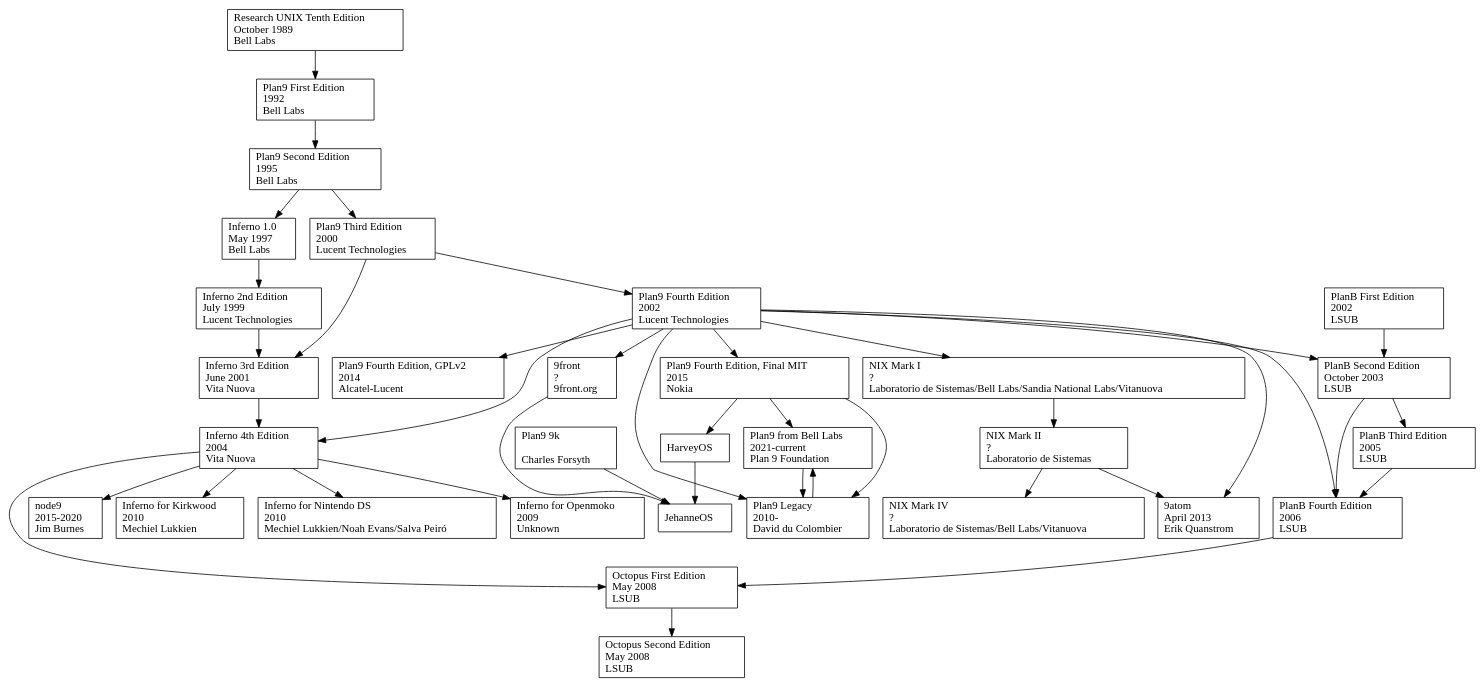
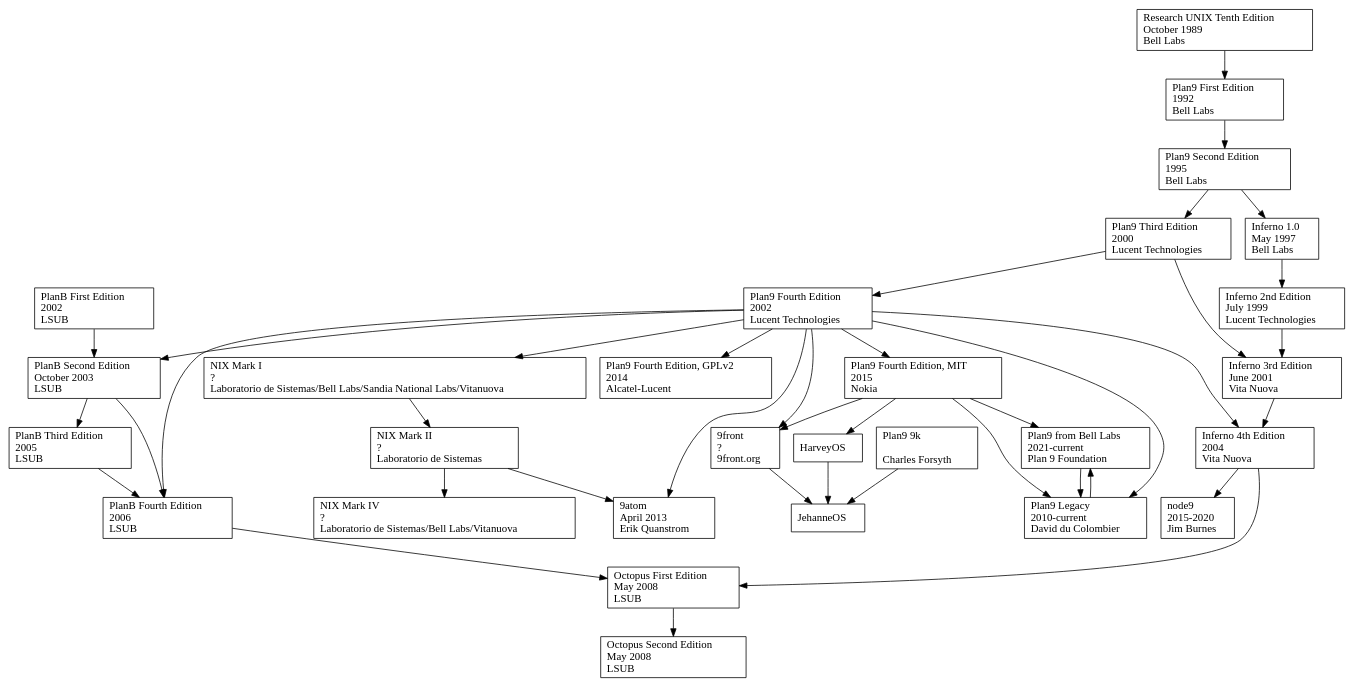
One commit to da4089/plan9-history changed the diagram in plan9.dot. Above: the diagram before and after it, drawn with Graphviz.

Commit message:
Move dependencies next to their releases.
I think I'd like to actually merge the entire history file notes into
the dot file, so it becomes a single canonical source of information.

```diff
--- a/plan9.dot
+++ b/plan9.dot
@@ -1,188 +1,182 @@
 digraph D {
 
         node [shape=record];
 
         // --------------------
         // Research UNIX
+        // See various UNIX histories for details
+        unix10ed [label="Research UNIX Tenth Edition\lOctober 1989\lBell Labs\l"]
 
-        // unix7ed [label="Research UNIX Seventh Edition\lJanuary 1979\lBell Labs\l"]
-        // unix8ed [label="Research UNIX Eighth Edition\lFebruary 1985\lBell Labs\l"]
-        // unix9ed [label="Research UNIX Ninth Edition\lSeptember 1986\lBell Labs\l"]
-        unix10ed [label="Research UNIX Tenth Edition\lOctober 1989\lBell Labs\l"]
 
         // --------------------
         // Plan 9 from Bell Labs
 
         p91ed [label="Plan9 First Edition\l1992\lBell Labs\l"]
+        unix10ed      -> p91ed
+
         p92ed [label="Plan9 Second Edition\l1995\lBell Labs\l"]
+        p91ed         -> p92ed
+
         p93ed [label="Plan9 Third Edition\l2000\lLucent Technologies\l"]
+        p92ed         -> p93ed
+
         p94ed [label="Plan9 Fourth Edition\l2002\lLucent Technologies\l"]
+        p93ed         -> p94ed
 
         p94ed_gpl [label="Plan9 Fourth Edition, GPLv2\l2014\lAlcatel-Lucent\l"]
-        p94ed_mit [label="Plan9 Fourth Edition, Final MIT\l2015\lNokia\l"]
+        p94ed         -> p94ed_gpl
+
+        p94ed_mit [label="Plan9 Fourth Edition, MIT\l2015\lNokia\l"]
+        p94ed         -> p94ed_mit
 
         p9_io [label="Plan9 from Bell Labs\l2021-current\lPlan 9 Foundation\l"]
+        p94ed_mit     -> p9_io
+        p9legacy      -> p9_io  // FIXME: is this accurate?
+
 
         // --------------------
         // 9legacy
         // originally, a set of patches against sources @ Bell Labs, maintained by David du Colombier
         // now a full distrubtion, at 9legacy.org
 
-        p9legacy [label="Plan9 Legacy\l2010-\lDavid du Colombier\l"]
+        p9legacy [label="Plan9 Legacy\l2010-current\lDavid du Colombier\l"]
+        p94ed         -> p9legacy
+        p94ed_mit     -> p9legacy
+        p9_io         -> p9legacy
+
+
+        // --------------------
+        // Inferno
+
+        inferno1ed [label="Inferno 1.0\lMay 1997\lBell Labs\l"]
+        p92ed         -> inferno1ed
+
+        inferno2ed [label="Inferno 2nd Edition\lJuly 1999\lLucent Technologies\l"]
+        inferno1ed    -> inferno2ed
+
+        inferno3ed [label="Inferno 3rd Edition\lJune 2001\lVita Nuova\l"]
+        inferno2ed    -> inferno3ed
+        p93ed         -> inferno3ed
+
+        inferno4ed [label="Inferno 4th Edition\l2004\lVita Nuova\l"]
+        inferno3ed    -> inferno4ed
+        p94ed         -> inferno4ed
 
 
         // --------------------
         // Plan B
         // nemo & co
 
-        // 1st ed, user man tr
+        // nemo: not based on Plan9
         planb1ed [label="PlanB First Edition\l2002\lLSUB\l"]
 
-        // 2nd edition user manual, Postscript
+        // nemo: based on 4th edition
+        // 2nd edition user manaul (PostScript) has October 2003 date
         planb2ed [label="PlanB Second Edition\lOctober 2003\lLSUB\l"]
+        planb1ed      -> planb2ed
+        p94ed         -> planb2ed
 
         // 3rd ed user manual, GSYC-TR-2005-04
         planb3ed [label="PlanB Third Edition\l2005\lLSUB\l"]
+        planb2ed      -> planb3ed
 
         // 4th ed user manual
         // 4th ed source at https://github.com/fjballest/planb
         planb4ed [label="PlanB Fourth Edition\l2006\lLSUB\l"]
+        planb2ed      -> planb4ed
+        planb3ed      -> planb4ed
+        p94ed         -> planb4ed
+
 
         // --------------------
         // Octopus
         octopus1ed [label="Octopus First Edition\lMay 2008\lLSUB\l"]
+        planb4ed      -> octopus1ed
+        inferno4ed    -> octopus1ed
 
         // 2nd Edition
         octopus2ed [label="Octopus Second Edition\lMay 2008\lLSUB\l"]
+        octopus1ed    -> octopus2ed
+
 
         // --------------------
         // NIX
 
         nixmk1 [label="NIX Mark I\l?\lLaboratorio de Sistemas/Bell Labs/Sandia National Labs/Vitanuova\l"]
+        p94ed         -> nixmk1
+
         nixmk2 [label="NIX Mark II\l?\lLaboratorio de Sistemas\l"]
+        nixmk1        -> nixmk2
+
         nixmk4 [label="NIX Mark IV\l?\lLaboratorio de Sistemas/Bell Labs/Vitanuova\l"]
+        nixmk2        -> nixmk4
+
 
         // --------------------
         // 9atom
 
         p9atom [label="9atom\lApril 2013\lErik Quanstrom\l"]
+        nixmk2        -> p9atom
+        p94ed         -> p9atom
+
 
         // --------------------
         // 9front
 
         p9front [label="9front\l?\l9front.org\l"]
+        p94ed         -> p9front
+        p94ed_mit     -> p9front
+
 
         // --------------------
         // node9
 
         node9 [label="node9\l2015-2020\lJim Burnes\l"]
+        inferno4ed    -> node9
 
-        // --------------------
-        // Inferno
-
-        inferno1ed [label="Inferno 1.0\lMay 1997\lBell Labs\l"]
-        inferno2ed [label="Inferno 2nd Edition\lJuly 1999\lLucent Technologies\l"]
-        inferno3ed [label="Inferno 3rd Edition\lJune 2001\lVita Nuova\l"]
-        inferno4ed [label="Inferno 4th Edition\l2004\lVita Nuova\l"]
 
         // --------------------
         // Inferno for Sheevaplug (Marvell Kirkwood)
         // https://github.com/mjl-/inferno-kirkwood
 
-        inferno_kirkwood [label="Inferno for Kirkwood\l2010\lMechiel Lukkien\l"]
+        //inferno_kirkwood [label="Inferno for Kirkwood\l2010\lMechiel Lukkien\l"]
+        //inferno4ed    -> inferno_kirkwood
+
 
         // --------------------
         // Inferno for Nintendo DS
 
+        //inferno_ds [label="Inferno for Nintendo DS\l2010\lMechiel Lukkien/Noah Evans/Salva Peiró\l"]
+        //inferno4ed    -> inferno_ds
 
-        inferno_ds [label="Inferno for Nintendo DS\l2010\lMechiel Lukkien/Noah Evans/Salva Peiró\l"]
 
         // --------------------
-        // Inferno for Nintendo DS
+        // Inferno for the Openmoko 1973/FreeRunner phone
         // https://github.com/Plan9-Archive/inferno-openmoko
 
-        inferno_openmoko [label="Inferno for Openmoko\l2009\lUnknown\l"]
+        //inferno_openmoko [label="Inferno for Openmoko\l2009\lUnknown\l"]
+        //inferno4ed    -> inferno_openmoko
 
 
         // --------------------
         // 9k
         // Charles Forsyth's 64bit port
 
         p9_9k [label="Plan9 9k\l\lCharles Forsyth\l"]
 
+
         // --------------------
         // Harvey
 
         harvey [label="HarveyOS\l"]
+        p94ed_mit     -> harvey
 
-        p94ed_mit     -> harvey
 
         // --------------------
         // Jehanne
 
         jehanne [label="JehanneOS\l"]
-
         p9front       -> jehanne
         harvey        -> jehanne
         p9_9k         -> jehanne
-
-
-        // unix7ed       -> unix8ed
-        // unix8ed       -> unix9ed
-        // unix9ed       -> unix10ed
-        unix10ed      -> p91ed
-
-        p91ed         -> p92ed
-        p92ed         -> p93ed
-        p93ed         -> p94ed
-
-        p94ed         -> p9legacy
-        p94ed         -> p94ed_gpl
-        p94ed         -> p94ed_mit
-
-        p94ed_mit     -> p9legacy
-        p94ed_mit     -> p9_io
-
-        p9_io         -> p9legacy
-        p9legacy      -> p9_io
-
-        p92ed         -> inferno1ed
-        inferno1ed    -> inferno2ed
-        inferno2ed    -> inferno3ed
-        p93ed         -> inferno3ed
-        inferno3ed    -> inferno4ed
-        p94ed         -> inferno4ed
-
-        // PlanB 1ed not based on Plan9 (says nemo)
-
-        // PlanB 2ed based on Plan9 4ed (says nemo)
-        planb1ed      -> planb2ed
-        p94ed         -> planb2ed
-
-        planb2ed      -> planb3ed
-
-        planb2ed      -> planb4ed
-        planb3ed      -> planb4ed
-        p94ed         -> planb4ed
-
-        planb4ed      -> octopus1ed
-        inferno4ed    -> octopus1ed
-        octopus1ed    -> octopus2ed
-
-        p94ed         -> nixmk1
-        nixmk1        -> nixmk2
-        nixmk2        -> nixmk4
-
-        nixmk2        -> p9atom
-        p94ed         -> p9atom
-
-        p94ed         -> p9front
-
-        inferno4ed    -> node9
-
-        inferno4ed    -> inferno_kirkwood
-
-        inferno4ed    -> inferno_ds
-
-        inferno4ed    -> inferno_openmoko
 }
```
